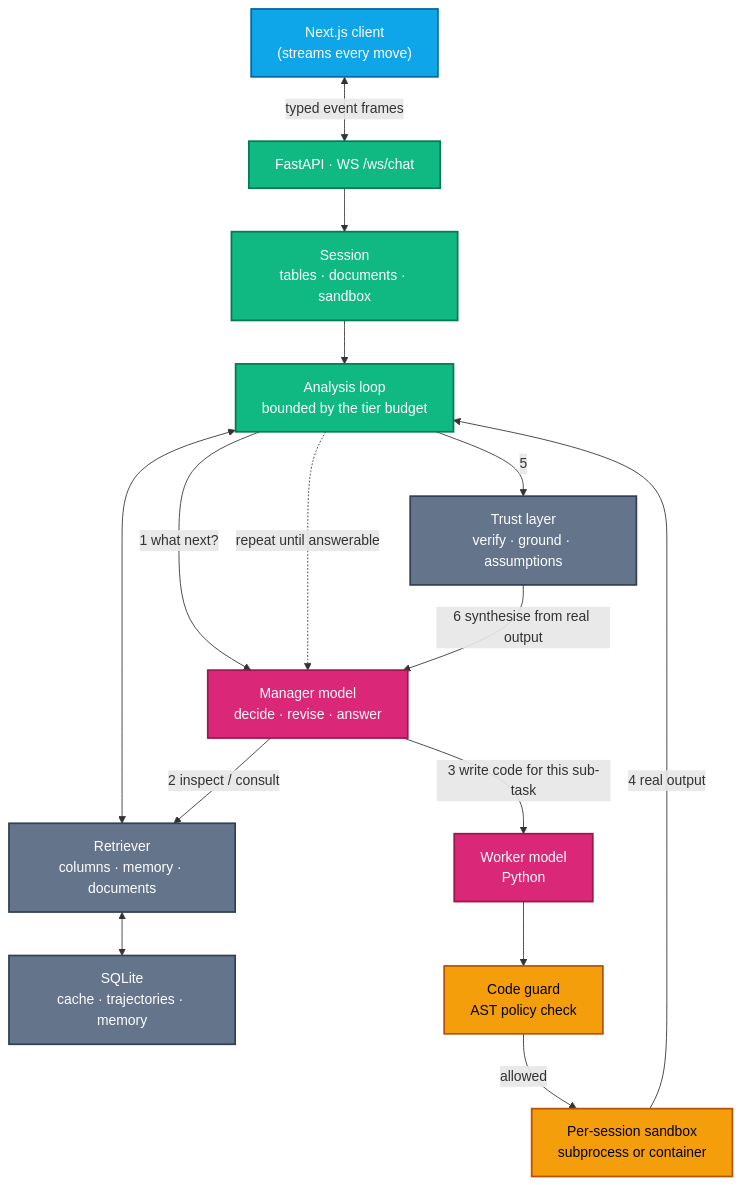
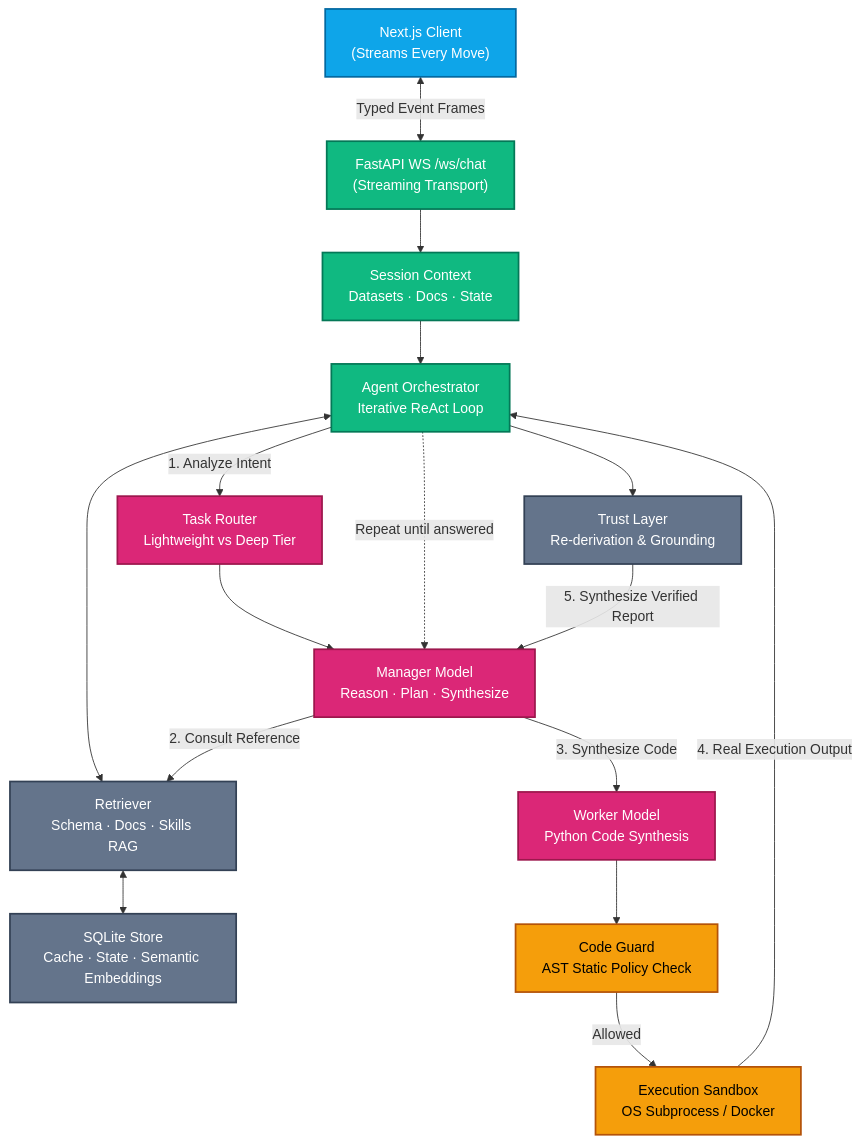
The diagram in docs/concepts/architecture.md (Wizard-AIA/docs), drawn with Mermaid before and after one commit. The commit also changed other lines of this file and 5 other files, not shown here.

Commit message:
docs: overhaul UI design, custom stylesheet, architecture diagrams, and release changelogs

````diff
--- a/docs/concepts/architecture.md
+++ b/docs/concepts/architecture.md
@@ -17,36 +9,38 @@
 ```mermaid
 graph TD
     classDef client fill:#0ea5e9,stroke:#0369a1,stroke-width:2px,color:#fff;
     classDef api fill:#10b981,stroke:#047857,stroke-width:2px,color:#fff;
     classDef brain fill:#db2777,stroke:#9d174d,stroke-width:2px,color:#fff;
     classDef sandbox fill:#f59e0b,stroke:#b45309,stroke-width:2px,color:#000;
     classDef store fill:#64748b,stroke:#334155,stroke-width:2px,color:#fff;
 
-    UI["Next.js client<br/>(streams every move)"]:::client
-    WS["FastAPI · WS /ws/chat"]:::api
-    Session["Session<br/>tables · documents · sandbox"]:::api
-    Loop["Analysis loop<br/>bounded by the tier budget"]:::api
+    UI["Next.js Client<br/>(Streams Every Move)"]:::client
+    WS["FastAPI WS /ws/chat<br/>(Streaming Transport)"]:::api
+    Session["Session Context<br/>Datasets · Docs · State"]:::api
+    Orchestrator["Agent Orchestrator<br/>Iterative ReAct Loop"]:::api
 
-    Manager["Manager model<br/>decide · revise · answer"]:::brain
-    Worker["Worker model<br/>Python"]:::brain
+    Manager["Manager Model<br/>Reason · Plan · Synthesize"]:::brain
+    Worker["Worker Model<br/>Python Code Synthesis"]:::brain
 
-    Guard["Code guard<br/>AST policy check"]:::sandbox
-    Box["Per-session sandbox<br/>subprocess or container"]:::sandbox
+    Router["Task Router<br/>Lightweight vs Deep Tier"]:::brain
+    Guard["Code Guard<br/>AST Static Policy Check"]:::sandbox
+    Sandbox["Execution Sandbox<br/>OS Subprocess / Docker"]:::sandbox
 
-    Trust["Trust layer<br/>verify · ground · assumptions"]:::store
-    Store["SQLite<br/>cache · trajectories · memory"]:::store
-    Retr["Retriever<br/>columns · memory · documents"]:::store
+    Trust["Trust Layer<br/>Re-derivation & Grounding"]:::store
+    Store["SQLite Store<br/>Cache · State · Semantic Embeddings"]:::store
+    Retr["Retriever<br/>Schema · Docs · Skills RAG"]:::store
 
-    UI <-->|typed event frames| WS
-    WS --> Session --> Loop
-    Loop <--> Retr <--> Store
+    UI <-->|Typed Event Frames| WS
+    WS --> Session --> Orchestrator
+    Orchestrator <--> Retr <--> Store
 
-    Loop -->|"1 what next?"| Manager
-    Manager -->|"2 inspect / consult"| Retr
-    Manager -->|"3 write code for this sub-task"| Worker
-    Worker --> Guard -->|allowed| Box
-    Box -->|"4 real output"| Loop
-    Loop -.->|"repeat until answerable"| Manager
-    Loop -->|5| Trust
-    Trust -->|"6 synthesise from real output"| Manager
+    Orchestrator -->|"1. Analyze Intent"| Router
+    Router --> Manager
+    Manager -->|"2. Consult Reference"| Retr
+    Manager -->|"3. Synthesize Code"| Worker
+    Worker --> Guard -->|Allowed| Sandbox
+    Sandbox -->|"4. Real Execution Output"| Orchestrator
+    Orchestrator -.->|"Repeat until answered"| Manager
+    Orchestrator --> Trust
+    Trust -->|"5. Synthesize Verified Report"| Manager
 ```
````
